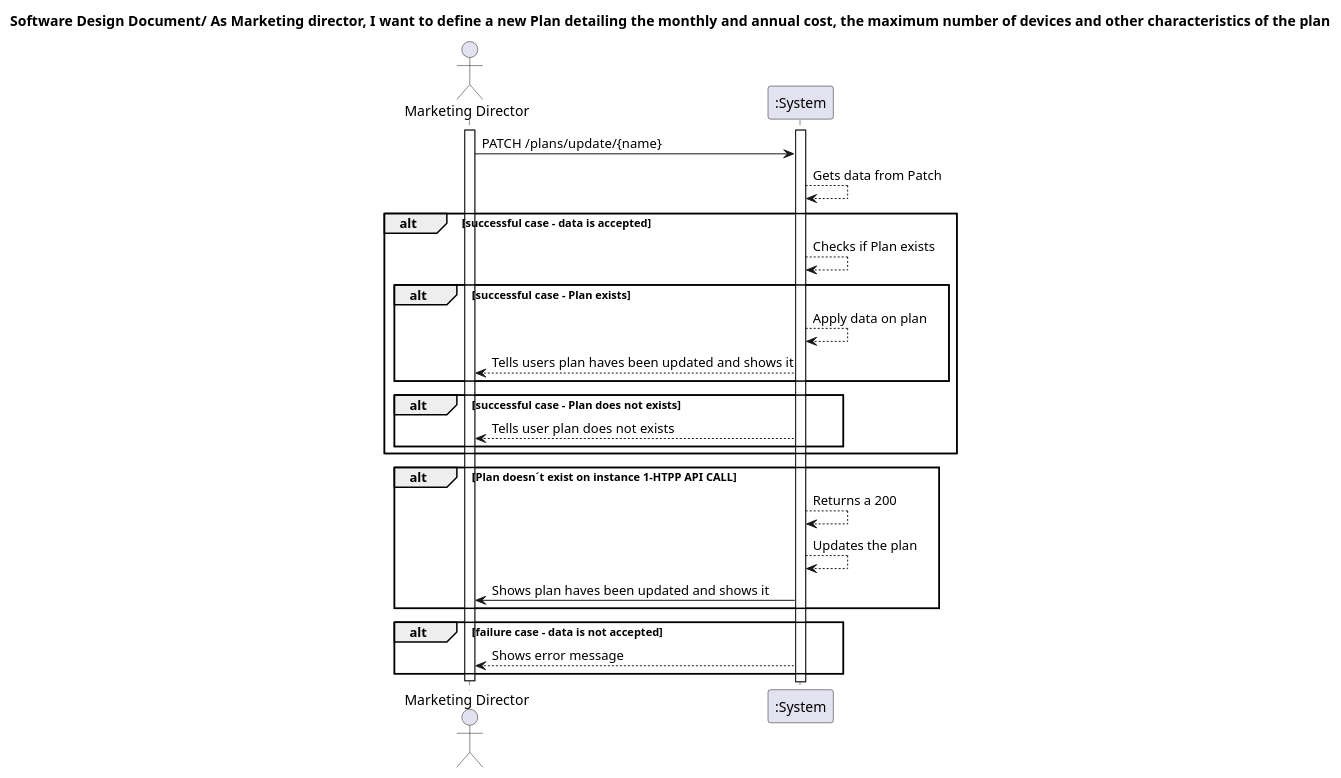
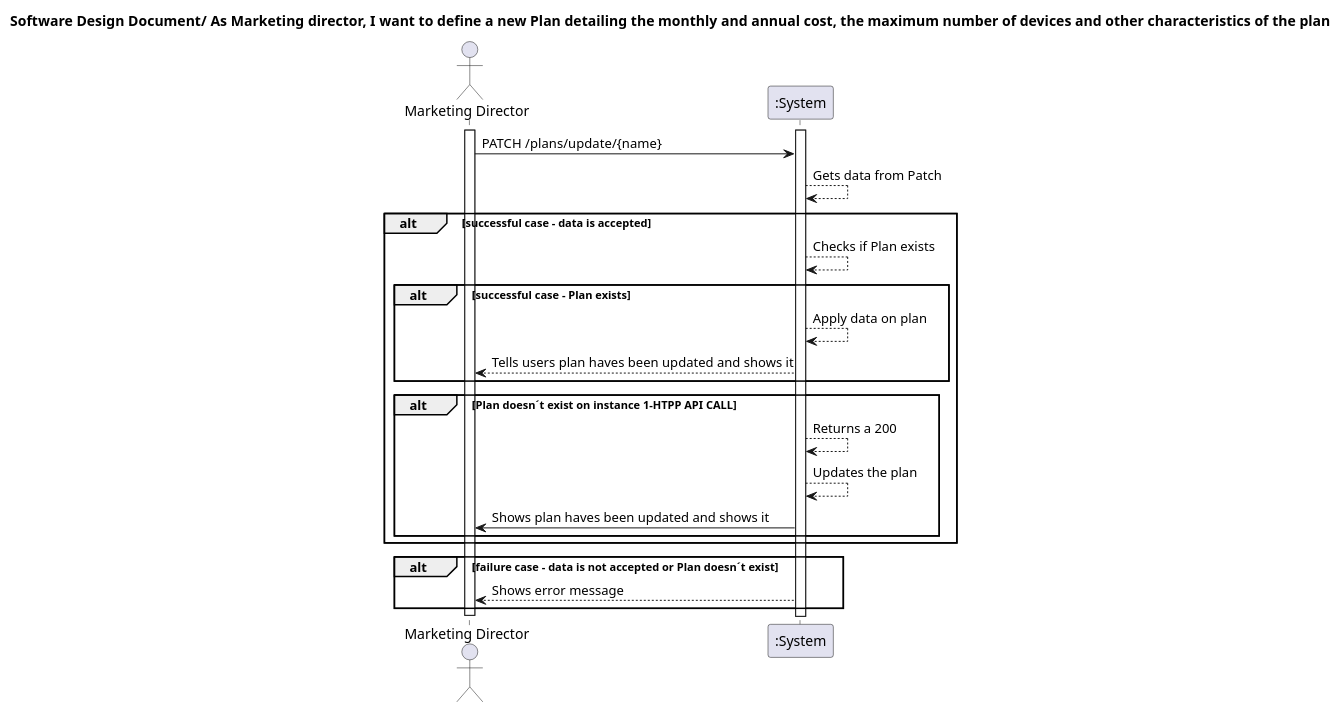
Before and after one commit to IsepMartimOliveira/SIDIS: the diagram in docs_sidis/Plans/WP#1A/US03/SDD.puml, drawn with PlantUML. The commit also changed 5 other files, not shown here.

```diff
--- a/docs_sidis/Plans/WP#1A/US03/SDD.puml
+++ b/docs_sidis/Plans/WP#1A/US03/SDD.puml
@@ -1,37 +1,35 @@
 @startuml
 'https://plantuml.com/sequence-diagram
 actor "Marketing Director" as MD
 title Software Design Document/ As Marketing director, I want to define a new Plan detailing the monthly and annual cost, the maximum number of devices and other characteristics of the plan
 
 activate MD
 
 MD -> ":System" : PATCH /plans/update/{name}
 ":System" --> ":System" : Gets data from Patch
 
 alt successful case - data is accepted
 
 ":System" --> ":System" : Checks if Plan exists
 alt successful case - Plan exists
 ":System" --> ":System" : Apply data on plan
 ":System" --> MD : Tells users plan haves been updated and shows it
-end
-alt successful case - Plan does not exists
-":System" --> MD : Tells user plan does not exists
-end
+
+
 end
 
 alt Plan doesn´t exist on instance 1-HTPP API CALL
 ":System"-->":System":Returns a 200
 ":System" --> ":System" : Updates the plan
 ":System" -> MD: Shows plan haves been updated and shows it
 
 end
+end
 
-
-alt failure case - data is not accepted
+alt failure case - data is not accepted or Plan doesn´t exist
 activate ":System"
 ":System" --> MD : Shows error message
 
 end
 deactivate MD
 @enduml
```
